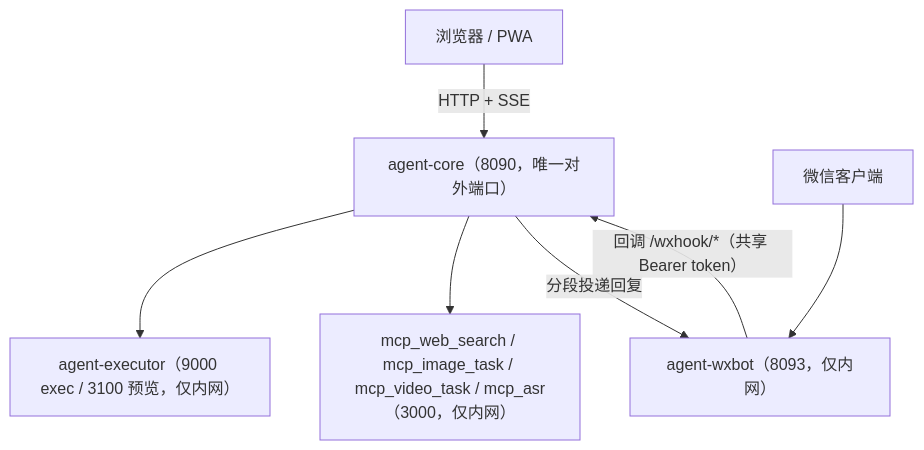
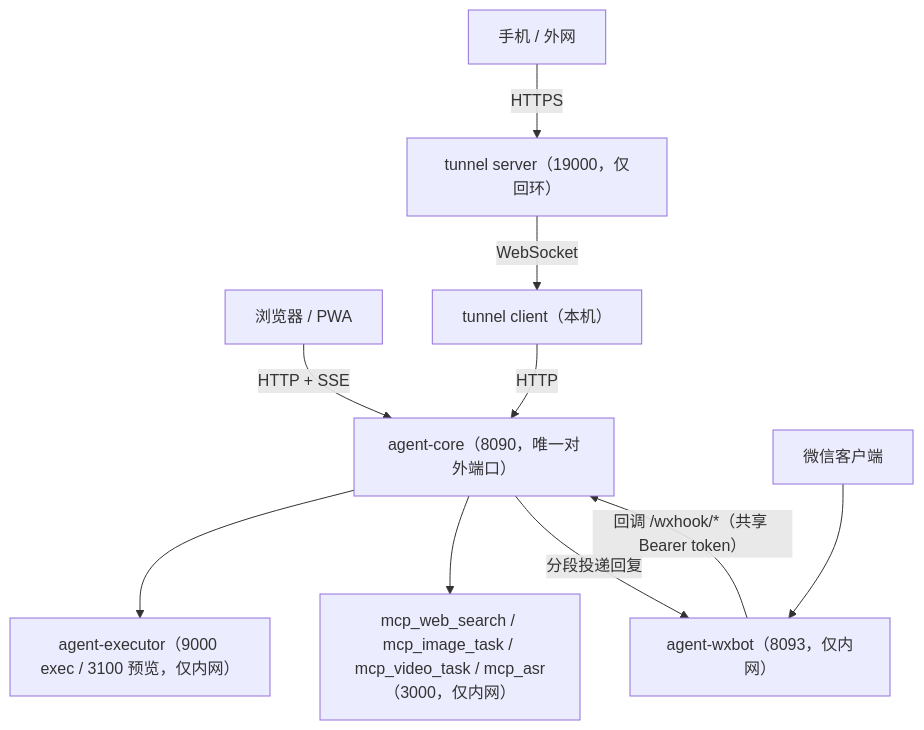
Before and after one commit to kicer/agent: the diagram in AGENTS.md, drawn with Mermaid. The commit also changed other lines of this file and 3 other files, not shown here.

````diff
--- a/AGENTS.md
+++ b/AGENTS.md
@@ -39,10 +40,13 @@
 ```mermaid
 flowchart TD
+    CORE["agent-core（8090，唯一对外端口）"]
     B["浏览器 / PWA"] -->|"HTTP + SSE"| CORE
+    M["手机 / 外网"] -->|"HTTPS"| TUN["tunnel server（19000，仅回环）"]
+    TUN -->|"WebSocket"| TC["tunnel client（本机）"]
+    TC -->|"HTTP"| CORE
     W["微信客户端"] --> WXBOT["agent-wxbot（8093，仅内网）"]
     WXBOT -->|"回调 /wxhook/*（共享 Bearer token）"| CORE
-    CORE["agent-core（8090，唯一对外端口）"]
     CORE --> EXEC["agent-executor（9000 exec / 3100 预览，仅内网）"]
     CORE --> MCP["mcp_web_search / mcp_image_task / mcp_video_task / mcp_asr（3000，仅内网）"]
     CORE -->|"分段投递回复"| WXBOT
 ```
````
